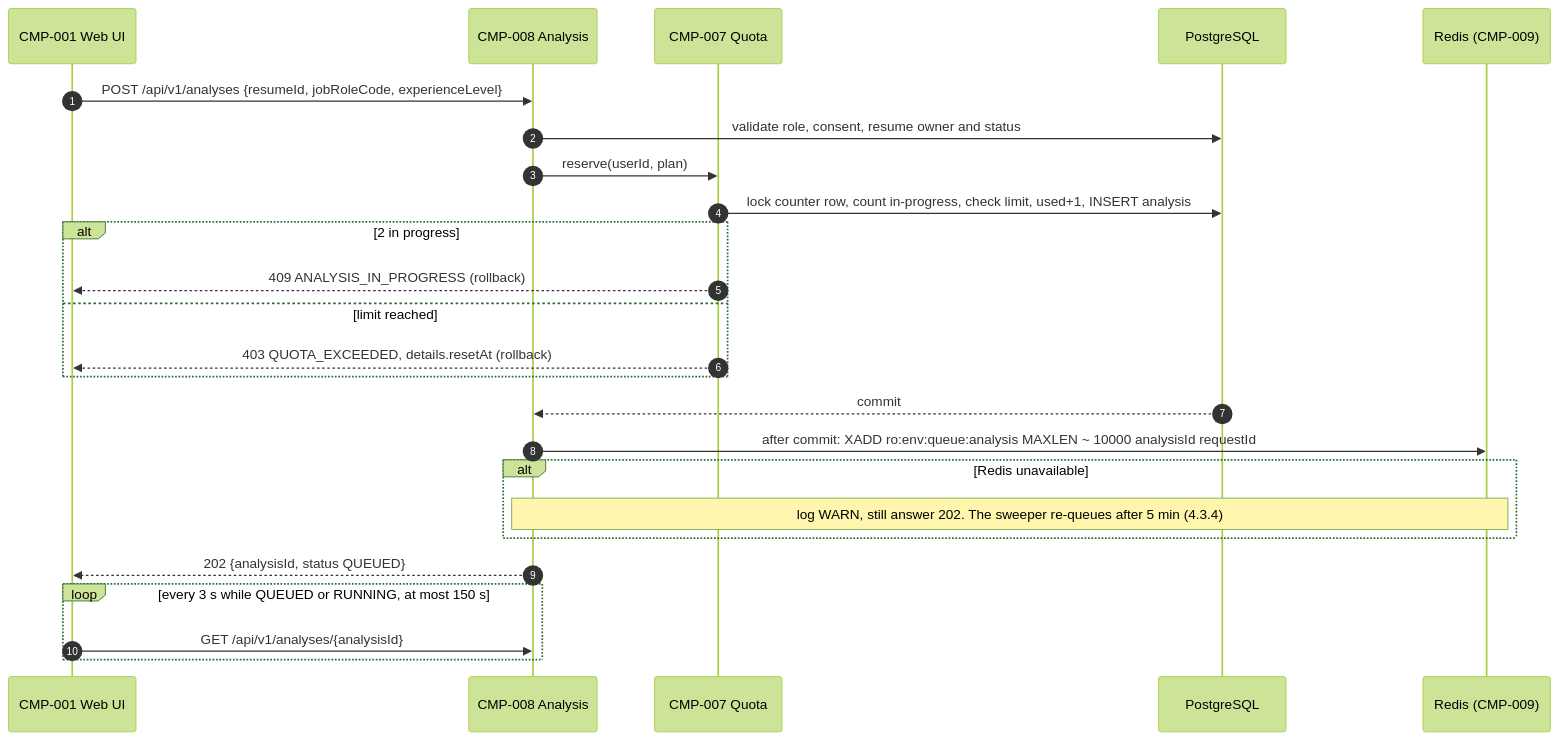
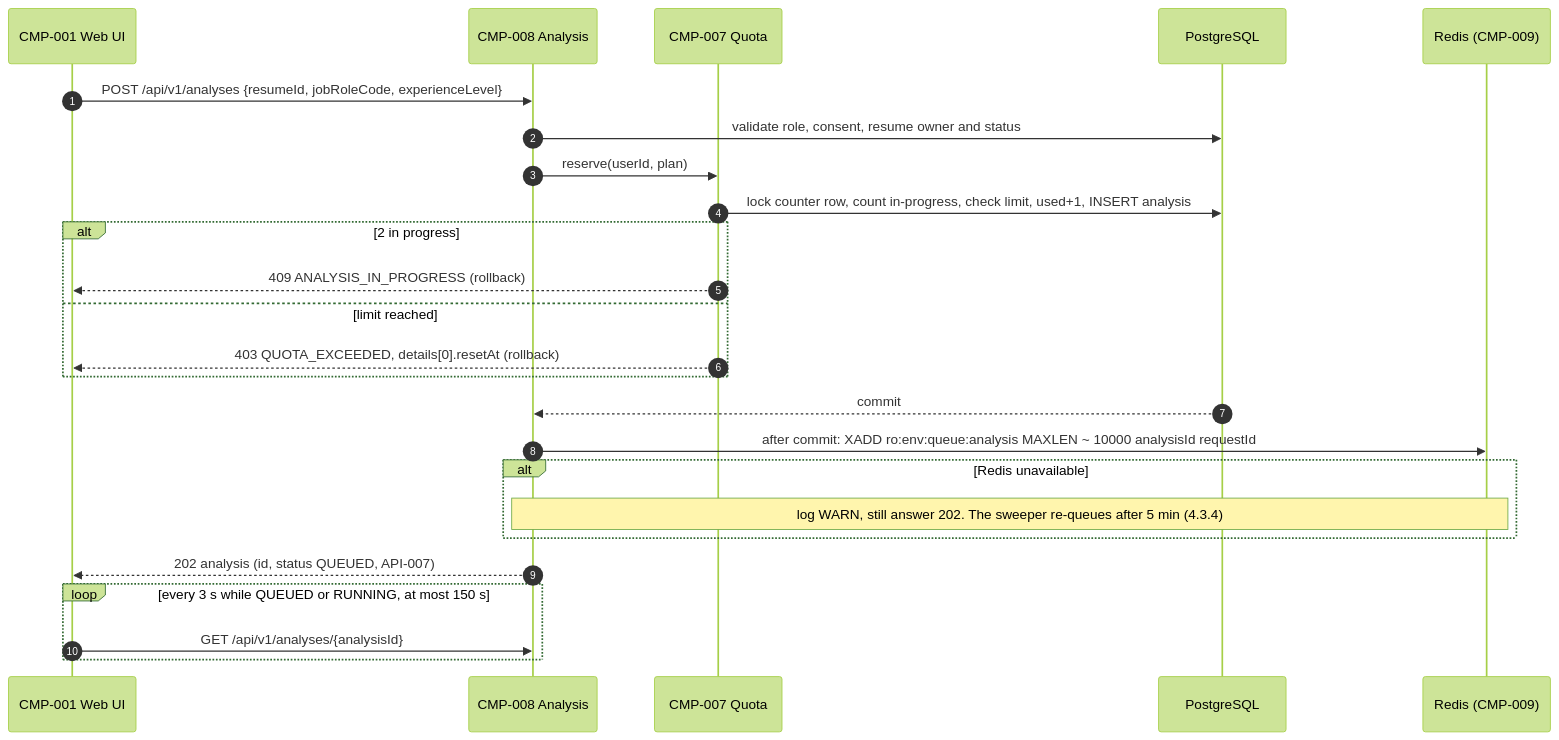
The fourth of 8 diagrams in sachin/spec.md (divii-school/spec-homework), drawn with Mermaid (forest theme) before and after one commit. The commit also changed other lines of this file and 1 other file, not shown here.

Commit message:
add API design, error codes and traceability matrix; fix build-test gaps (sections 6-7, v0.3)

````diff
--- a/sachin/spec.md
+++ b/sachin/spec.md
@@ -556,27 +556,27 @@
 ```mermaid
 sequenceDiagram
   autonumber
   participant UI as CMP-001 Web UI
   participant API as CMP-008 Analysis
   participant Q as CMP-007 Quota
   participant DB as PostgreSQL
   participant R as Redis (CMP-009)
   UI->>API: POST /api/v1/analyses {resumeId, jobRoleCode, experienceLevel}
   API->>DB: validate role, consent, resume owner and status
   API->>Q: reserve(userId, plan)
   Q->>DB: lock counter row, count in-progress, check limit, used+1, INSERT analysis
   alt 2 in progress
     Q-->>UI: 409 ANALYSIS_IN_PROGRESS (rollback)
   else limit reached
-    Q-->>UI: 403 QUOTA_EXCEEDED, details.resetAt (rollback)
+    Q-->>UI: 403 QUOTA_EXCEEDED, details[0].resetAt (rollback)
   end
   DB-->>API: commit
   API->>R: after commit: XADD ro:env:queue:analysis MAXLEN ~ 10000 analysisId requestId
   alt Redis unavailable
     Note over API,R: log WARN, still answer 202. The sweeper re-queues after 5 min (4.3.4)
   end
-  API-->>UI: 202 {analysisId, status QUEUED}
+  API-->>UI: 202 analysis (id, status QUEUED, API-007)
   loop every 3 s while QUEUED or RUNNING, at most 150 s
     UI->>API: GET /api/v1/analyses/{analysisId}
   end
 ```
````
